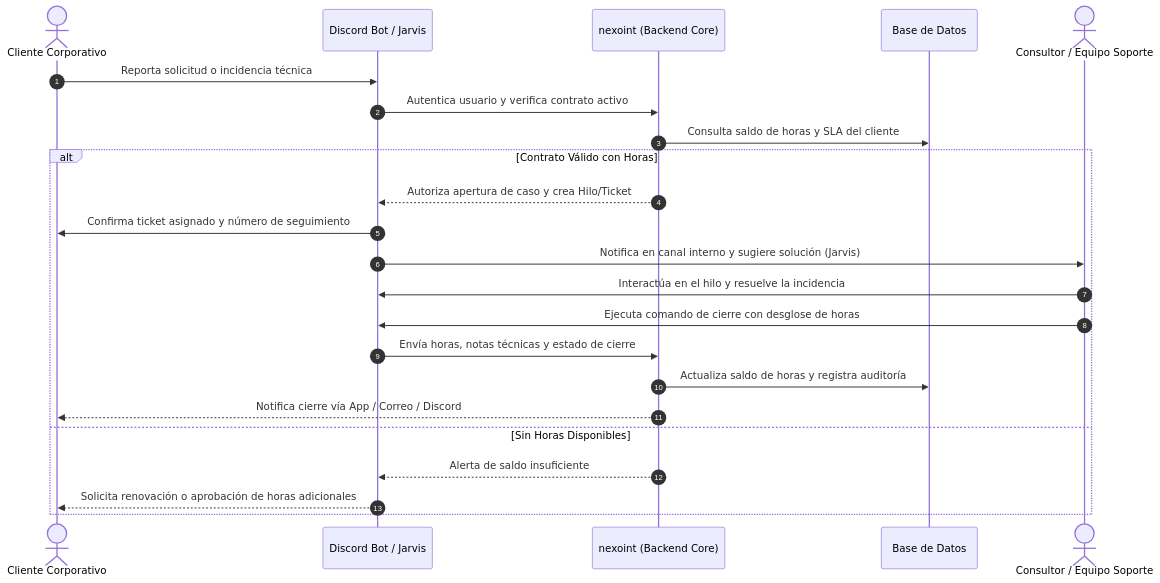
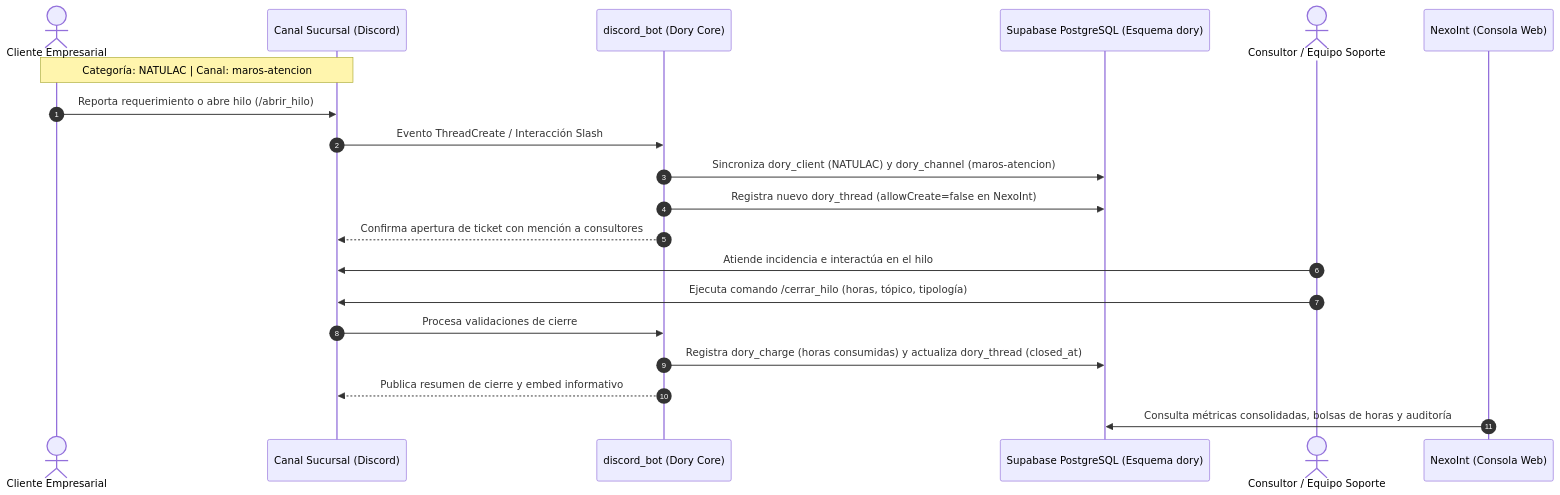
The second of 12 diagrams in docs/proyectos/pst-4-arquitectura.md (jesusalbujas/CONTROL-PST), drawn with Mermaid before and after one commit. The commit also changed other lines of this file and 1 other file, not shown here.

Commit message:
Enhance database documentation with new internal request field and detailed business rules for ERP Consultores

````diff
--- a/docs/proyectos/pst-4-arquitectura.md
+++ b/docs/proyectos/pst-4-arquitectura.md
@@ -91,26 +131,23 @@
 ```mermaid
 sequenceDiagram
     autonumber
-    actor Cliente as Cliente Corporativo
-    participant Bot as Discord Bot / Jarvis
-    participant Core as nexoint (Backend Core)
-    participant DB as Base de Datos
+    actor Cliente as Cliente Empresarial
+    participant Discord as Canal Sucursal (Discord)
+    participant Bot as discord_bot (Dory Core)
+    participant DB as Supabase PostgreSQL (Esquema dory)
     actor Soporte as Consultor / Equipo Soporte
+    participant Nexo as NexoInt (Consola Web)
 
-    Cliente->>Bot: Reporta solicitud o incidencia técnica
-    Bot->>Core: Autentica usuario y verifica contrato activo
-    Core->>DB: Consulta saldo de horas y SLA del cliente
-    alt Contrato Válido con Horas
-        Core-->>Bot: Autoriza apertura de caso y crea Hilo/Ticket
-        Bot->>Cliente: Confirma ticket asignado y número de seguimiento
-        Bot->>Soporte: Notifica en canal interno y sugiere solución (Jarvis)
-        Soporte->>Bot: Interactúa en el hilo y resuelve la incidencia
-        Soporte->>Bot: Ejecuta comando de cierre con desglose de horas
-        Bot->>Core: Envía horas, notas técnicas y estado de cierre
-        Core->>DB: Actualiza saldo de horas y registra auditoría
-        Core-->>Cliente: Notifica cierre vía App / Correo / Discord
-    else Sin Horas Disponibles
-        Core-->>Bot: Alerta de saldo insuficiente
-        Bot-->>Cliente: Solicita renovación o aprobación de horas adicionales
-    end
+    Note over Cliente,Discord: Categoría: NATULAC | Canal: maros-atencion
+    Cliente->>Discord: Reporta requerimiento o abre hilo (/abrir_hilo)
+    Discord->>Bot: Evento ThreadCreate / Interacción Slash
+    Bot->>DB: Sincroniza dory_client (NATULAC) y dory_channel (maros-atencion)
+    Bot->>DB: Registra nuevo dory_thread (allowCreate=false en NexoInt)
+    Bot-->>Discord: Confirma apertura de ticket con mención a consultores
+    Soporte->>Discord: Atiende incidencia e interactúa en el hilo
+    Soporte->>Discord: Ejecuta comando /cerrar_hilo (horas, tópico, tipología)
+    Discord->>Bot: Procesa validaciones de cierre
+    Bot->>DB: Registra dory_charge (horas consumidas) y actualiza dory_thread (closed_at)
+    Bot-->>Discord: Publica resumen de cierre y embed informativo
+    Nexo->>DB: Consulta métricas consolidadas, bolsas de horas y auditoría
 ```
````
